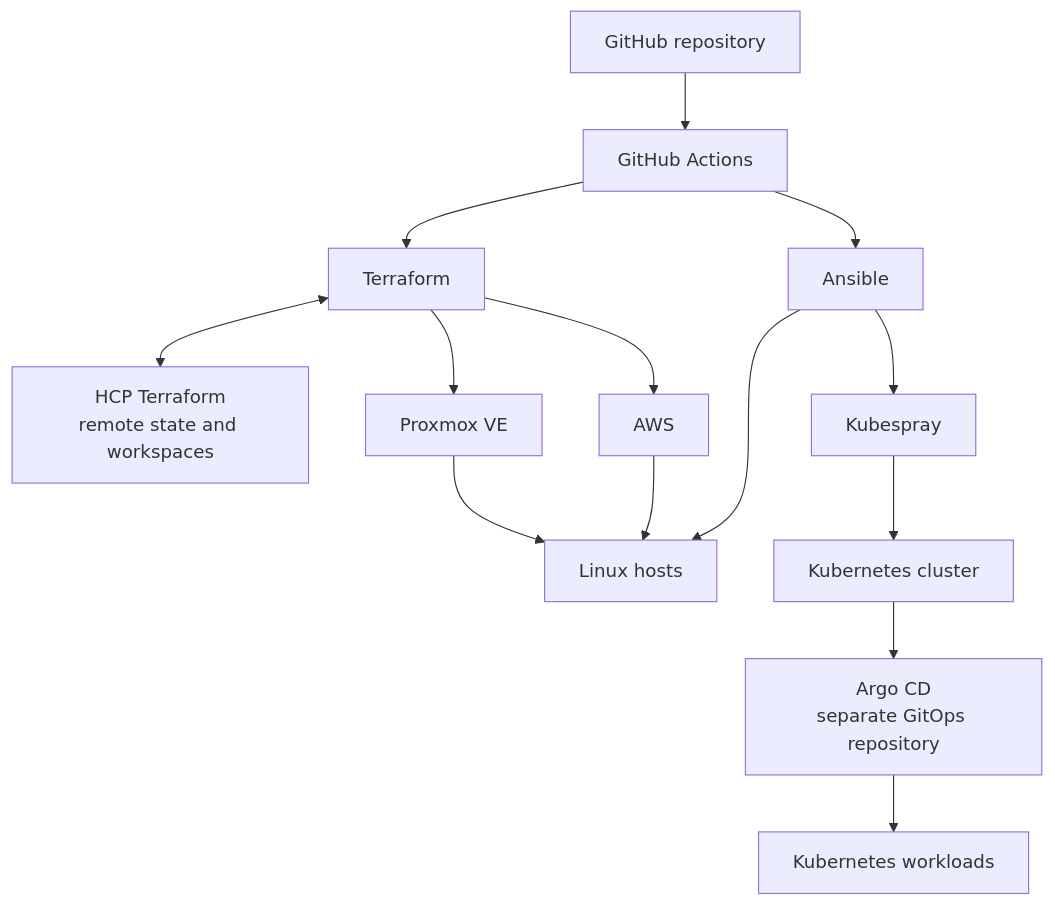
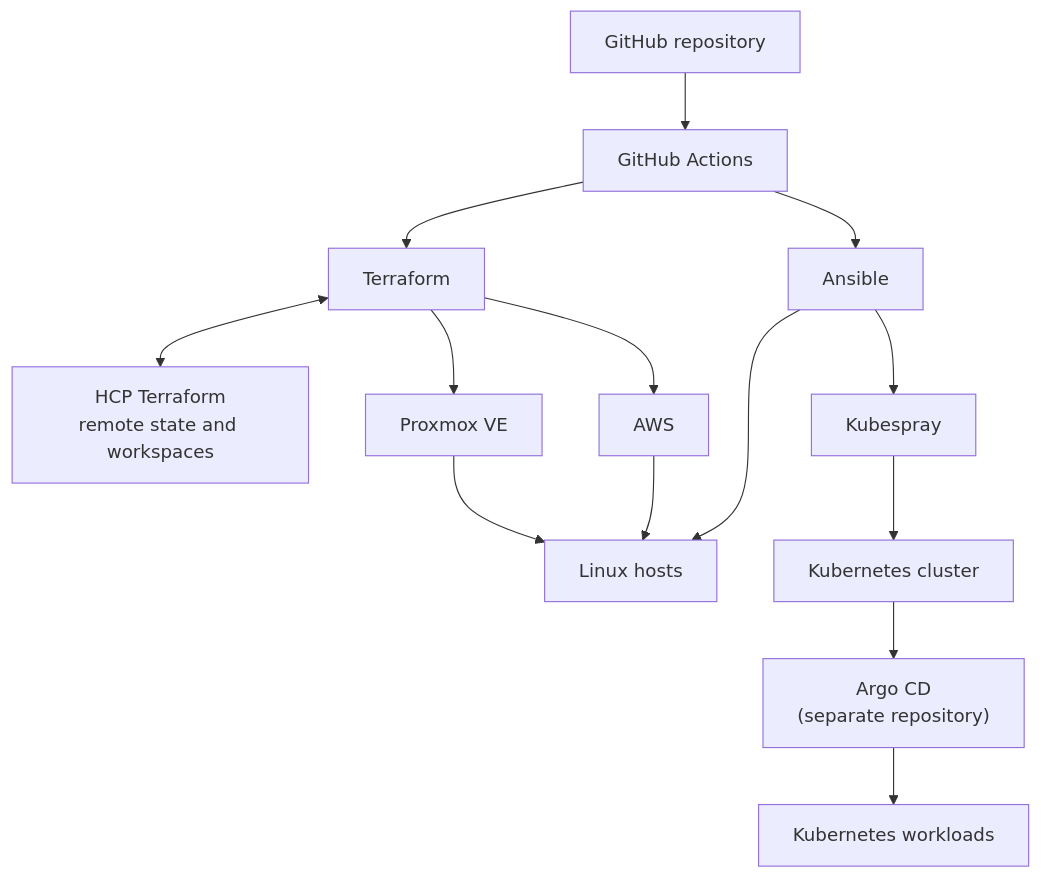
One commit to rs235/project-infrastructure changed the diagram in README.md. Above: the diagram before and after it, drawn with Mermaid.

Commit message:
docs: update to tiles in Architecture graph and formatting fixes

````diff
--- a/README.md
+++ b/README.md
@@ -9,29 +9,29 @@
 ```mermaid
 flowchart TB
     GitHub["GitHub repository"]
     Actions["GitHub Actions"]
     HCP["HCP Terraform<br/>remote state and workspaces"]
     TF["Terraform"]
     Proxmox["Proxmox VE"]
     AWS["AWS"]
     Ansible["Ansible"]
     Linux["Linux hosts"]
     Kubespray["Kubespray"]
     K8s["Kubernetes cluster"]
-    Argo["Argo CD<br/>separate GitOps repository"]
+    Argo["Argo CD<br/>(separate repository)"]
     Apps["Kubernetes workloads"]
 
     GitHub --> Actions
     Actions --> TF
     Actions --> Ansible
     TF <--> HCP
     TF --> Proxmox
     TF --> AWS
     Proxmox --> Linux
     AWS --> Linux
     Ansible --> Linux
     Ansible --> Kubespray
     Kubespray --> K8s
     K8s --> Argo
     Argo --> Apps
 ```
````
